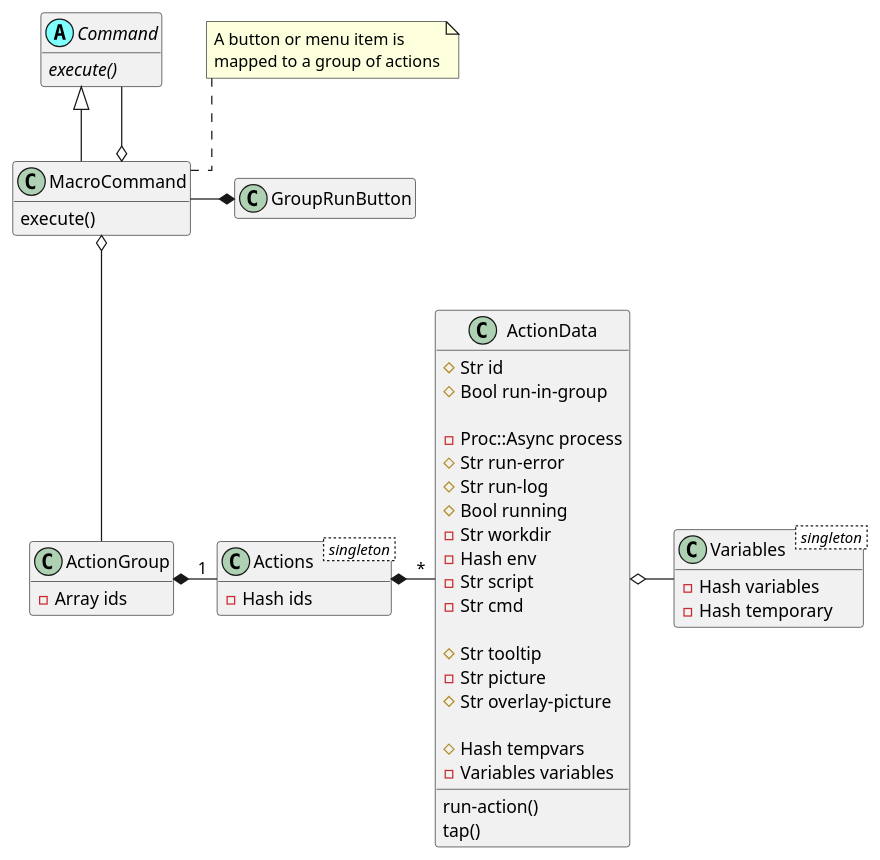
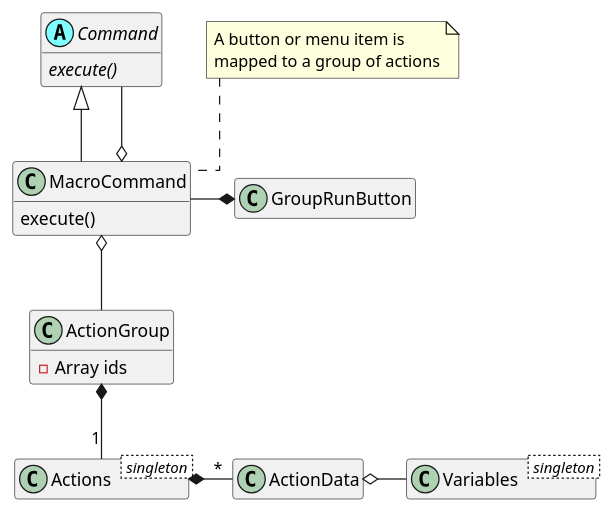
The second of 4 diagrams in doc/dispatcher.md (MARTIMM/SessionManager), drawn with PlantUML before and after one commit. The commit also changed other lines of this file, not shown here.

````diff
--- a/doc/dispatcher.md
+++ b/doc/dispatcher.md
@@ -114,72 +114,45 @@
 ```plantuml
 @startuml
 
-'scale 0.8
+'scale 0.9
 
 skinparam packageStyle rectangle
 skinparam stereotypeCBackgroundColor #80ffff
 skinparam linetype ortho
 
 set namespaceSeparator ::
 hide empty members
 
 abstract class Command <<(A,#80ffff)>> {
   {abstract} execute()
 }
 
 class MacroCommand {
   execute()
 }
 
-class Variables < singleton > {
-  - Hash variables
-  - Hash temporary
-}
+class Variables < singleton > { }
 
-class Actions < singleton > {
-  - Hash ids
-}
+class Actions < singleton > { }
 
 class ActionGroup {
   - Array ids
 }
 
-class ActionData {
-  # Str id
-  # Bool run-in-group
-
-  - Proc::Async process
-  # Str run-error
-  # Str run-log
-  # Bool running
-  - Str workdir
-  - Hash env
-  - Str script
-  - Str cmd
-
-  # Str tooltip
-  - Str picture
-  # Str overlay-picture
-
-  # Hash tempvars
-  - Variables variables
-
-  run-action()
-  tap()
-}
+class ActionData { }
 
 Actions *- "*" ActionData
 
 
 Command <|-- MacroCommand
 Command  --o MacroCommand
 MacroCommand  o-- ActionGroup
 note "A button or menu item is\nmapped to a group of actions" as N2
 N2 .. MacroCommand
 
 ActionData o- Variables
 MacroCommand -* GroupRunButton
 
-ActionGroup *- "1" Actions
+ActionGroup *-- "1" Actions
 @enduml
 ```
````
